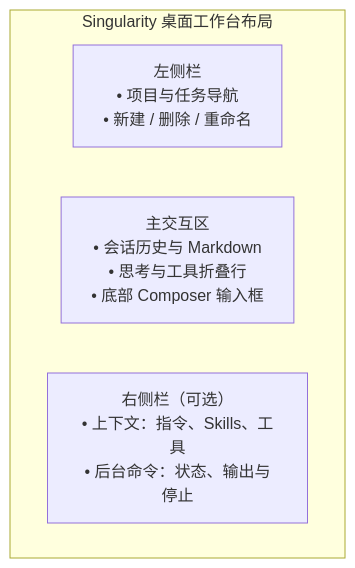
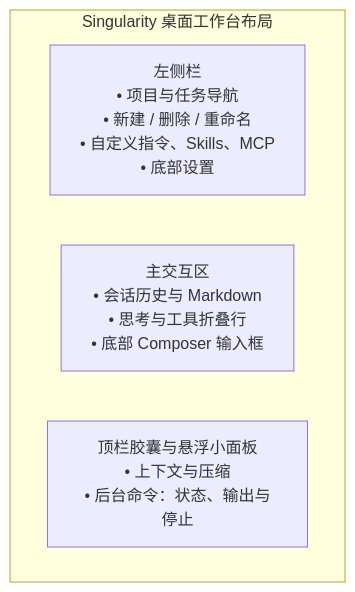
The diagram in docs/desktop-ui.md (qjcnmd/singularity-agent), drawn with Mermaid before and after one commit. The commit also changed other lines of this file and 142 other files, not shown here.

````diff
--- a/docs/desktop-ui.md
+++ b/docs/desktop-ui.md
@@ -5,9 +5,9 @@
 ```mermaid
 flowchart TD
     subgraph App["Singularity 桌面工作台布局"]
         direction LR
-        Sidebar["左侧栏<br/>• 项目与任务导航<br/>• 新建 / 删除 / 重命名"]
+        Sidebar["左侧栏<br/>• 项目与任务导航<br/>• 新建 / 删除 / 重命名<br/>• 自定义指令、Skills、MCP<br/>• 底部设置"]
         Main["主交互区<br/>• 会话历史与 Markdown<br/>• 思考与工具折叠行<br/>• 底部 Composer 输入框"]
-        Background["右侧栏（可选）<br/>• 上下文：指令、Skills、工具<br/>• 后台命令：状态、输出与停止"]
+        Background["顶栏胶囊与悬浮小面板<br/>• 上下文与压缩<br/>• 后台命令：状态、输出与停止"]
     end
 ```
````
